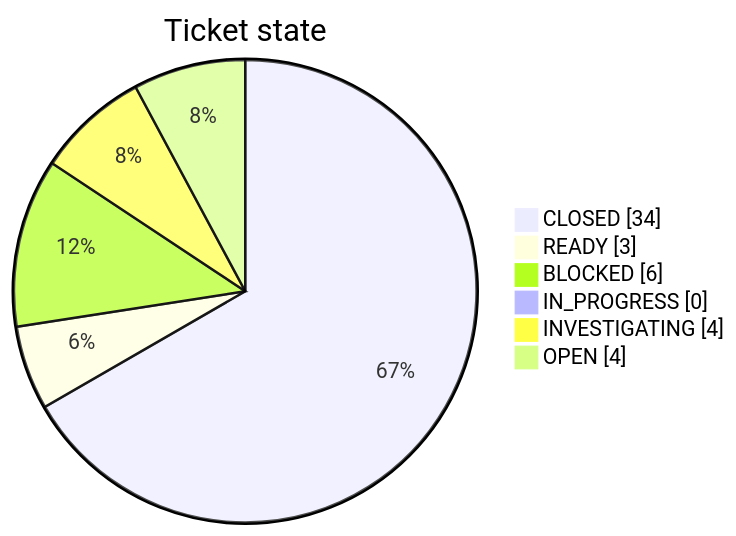
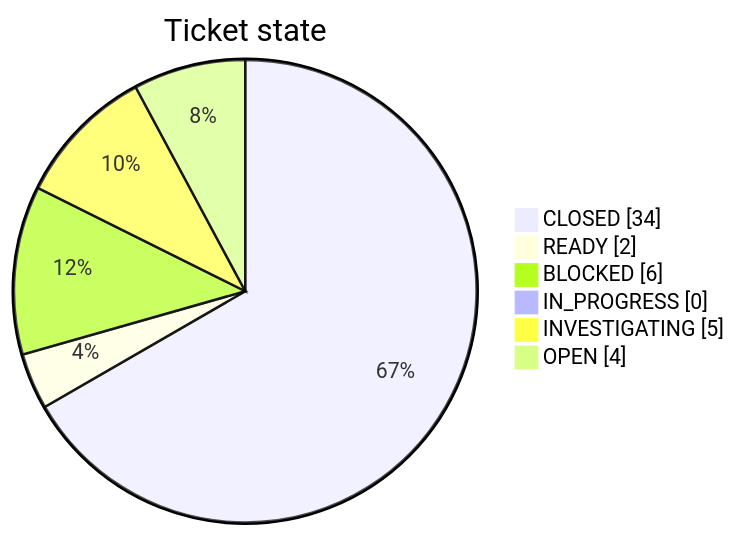
Before and after one commit to TECHSCHOLAR777/SINGLE-CHANNEL-SPEECH-SEPARATION-PROJECT: the first of 2 diagrams in docs/restoration/ISSUE_LEDGER.md, drawn with Mermaid. The commit also changed other lines of this file, not shown here.

````diff
--- a/docs/restoration/ISSUE_LEDGER.md
+++ b/docs/restoration/ISSUE_LEDGER.md
@@ -93,10 +93,10 @@
 ```mermaid
 pie showData
     title Ticket state
     "CLOSED" : 34
-    "READY" : 3
+    "READY" : 2
     "BLOCKED" : 6
     "IN_PROGRESS" : 0
-    "INVESTIGATING" : 4
+    "INVESTIGATING" : 5
     "OPEN" : 4
 ```
````
